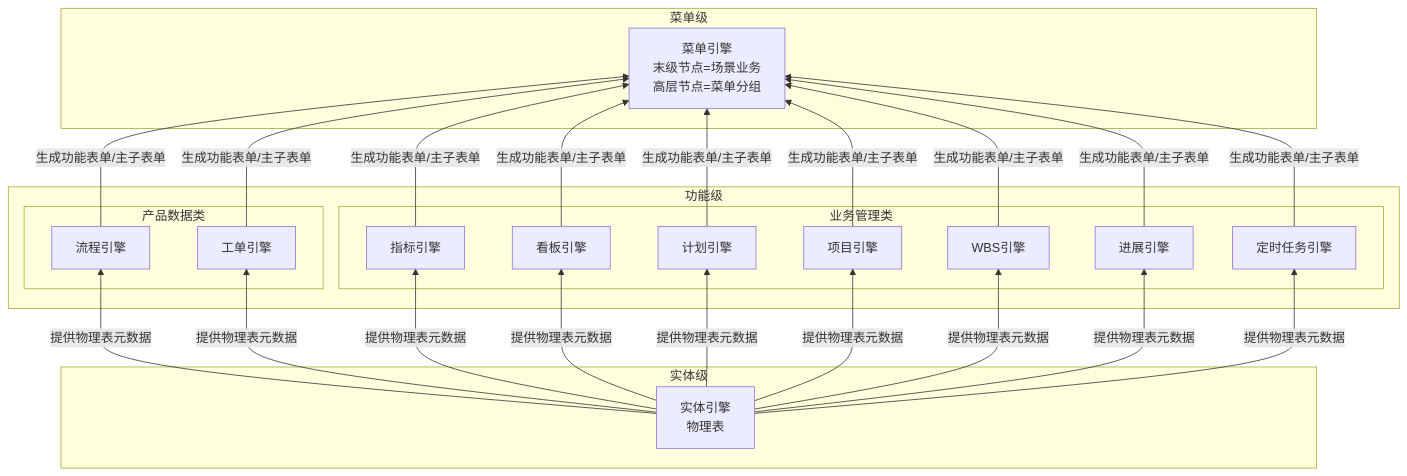
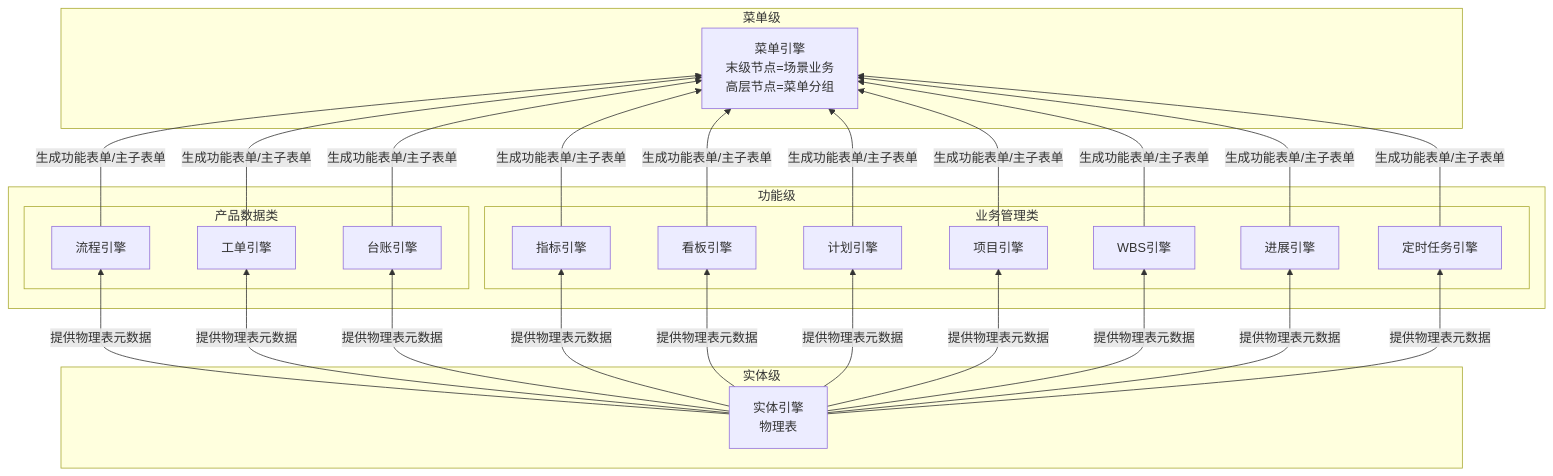
Before and after one commit to Yongjunzhou/AOS-system-design: the diagram in 20-pl4eos/80-pl4eos-2-eosdata/25-eos-engine-models.md, drawn with Mermaid. The commit also changed other lines of this file and 8 other files, not shown here.

````diff
--- a/20-pl4eos/80-pl4eos-2-eosdata/25-eos-engine-models.md
+++ b/20-pl4eos/80-pl4eos-2-eosdata/25-eos-engine-models.md
@@ -57,42 +57,45 @@
 ```mermaid
 flowchart BT
   subgraph 实体级
     ENTITY[实体引擎<br/>物理表]
   end
   subgraph 功能级
     subgraph 产品数据类
       FLOW[流程引擎]
       WO[工单引擎]
+      LEDGER[台账引擎]
     end
     subgraph 业务管理类
       IND[指标引擎]
       KANBAN[看板引擎]
       PROJ[项目引擎]
       WBS[WBS引擎]
       TASK[计划引擎]
       PROG[进展引擎]
       SCH[定时任务引擎]
     end
   end
   subgraph 菜单级
     MENU[菜单引擎<br/>末级节点=场景业务<br/>高层节点=菜单分组]
   end
   ENTITY -->|提供物理表元数据| FLOW
   ENTITY -->|提供物理表元数据| WO
+  ENTITY -->|提供物理表元数据| LEDGER
   ENTITY -->|提供物理表元数据| IND
   ENTITY -->|提供物理表元数据| KANBAN
   ENTITY -->|提供物理表元数据| TASK
   ENTITY -->|提供物理表元数据| PROJ
   ENTITY -->|提供物理表元数据| WBS
   ENTITY -->|提供物理表元数据| PROG
   ENTITY -->|提供物理表元数据| SCH
   FLOW -->|生成功能表单/主子表单| MENU
   WO -->|生成功能表单/主子表单| MENU
+  LEDGER -->|生成功能表单/主子表单| MENU
   IND -->|生成功能表单/主子表单| MENU
   KANBAN -->|生成功能表单/主子表单| MENU
   TASK -->|生成功能表单/主子表单| MENU
   PROJ -->|生成功能表单/主子表单| MENU
   WBS -->|生成功能表单/主子表单| MENU
   PROG -->|生成功能表单/主子表单| MENU
   SCH -->|生成功能表单/主子表单| MENU
 ```
````
